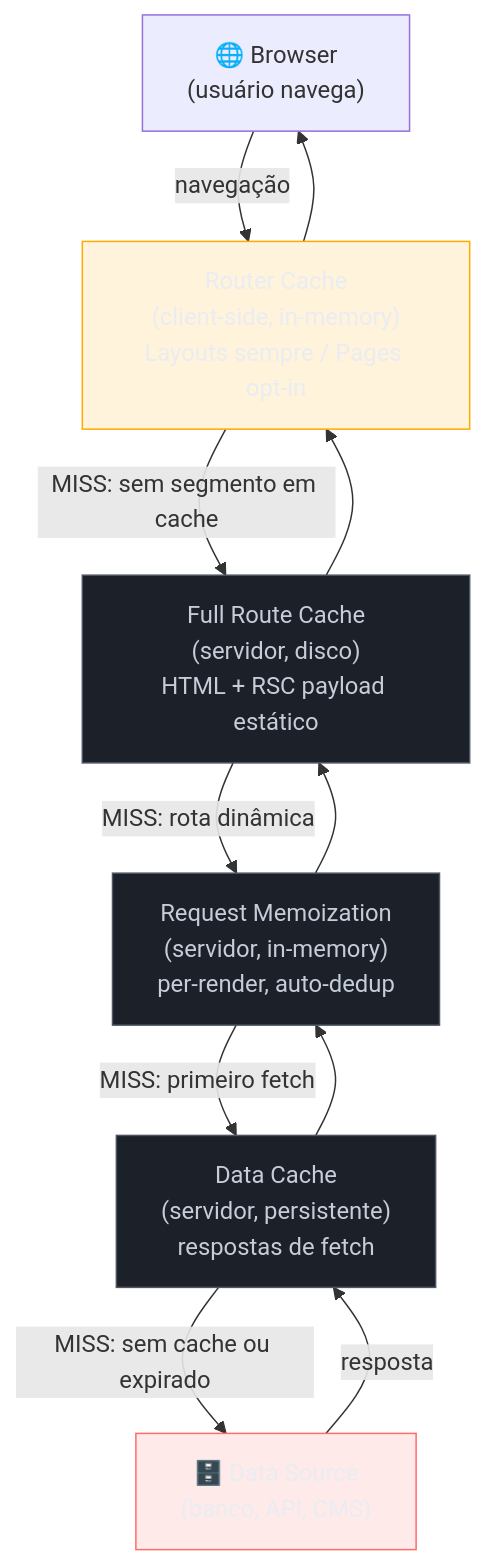
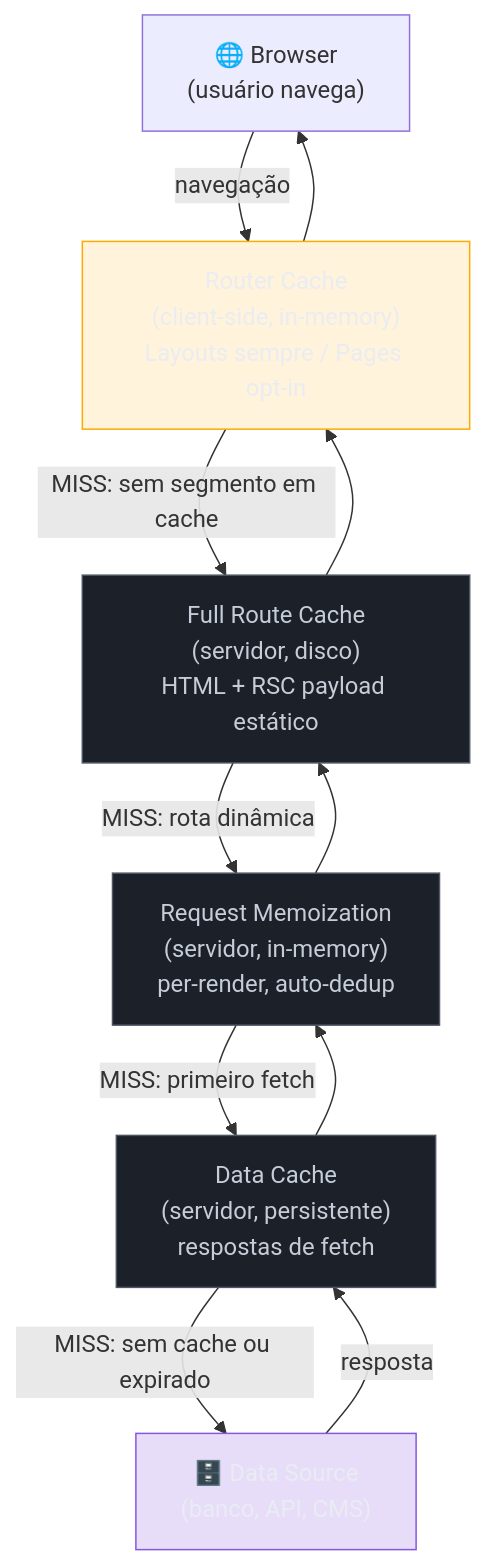
Before and after one commit to josenaldo/codex-technomanticus: the first of 2 diagrams in 03-Dominios/Tecnologia/React/Next.js/07 - O modelo de caching do Next 15.md, drawn with Mermaid. The commit also changed 601 other files, not shown here.

````diff
--- a/03-Dominios/Tecnologia/React/Next.js/07 - O modelo de caching do Next 15.md
+++ b/03-Dominios/Tecnologia/React/Next.js/07 - O modelo de caching do Next 15.md
@@ -37,29 +37,29 @@
 ```mermaid
 graph TD
+    classDef marca fill:#8855DF33,stroke:#8855DF,color:#E9ECF2
     classDef destaque fill:#FFAA0024,stroke:#FFAA00,color:#E9ECF2
     classDef neutro fill:#1B2029,stroke:#4E5666,color:#C6CCD8
-    classDef falha fill:#FF6B6B24,stroke:#FF6B6B,color:#E9ECF2
     Browser["🌐 Browser\n(usuário navega)"]
     RC["Router Cache\n(client-side, in-memory)\nLayouts sempre / Pages opt-in"]
     FRC["Full Route Cache\n(servidor, disco)\nHTML + RSC payload estático"]
     DC["Data Cache\n(servidor, persistente)\nrespostas de fetch"]
     RM["Request Memoization\n(servidor, in-memory)\nper-render, auto-dedup"]
     DB["🗄️ Data Source\n(banco, API, CMS)"]
 
     Browser -->|"navegação"| RC
     RC -->|"MISS: sem segmento em cache"| FRC
     FRC -->|"MISS: rota dinâmica"| RM
     RM -->|"MISS: primeiro fetch"| DC
     DC -->|"MISS: sem cache ou expirado"| DB
     DB -->|"resposta"| DC
     DC --> RM
     RM --> FRC
     FRC --> RC
     RC --> Browser
 
     class RC destaque
     class FRC neutro
     class DC neutro
     class RM neutro
-    class DB falha
+    class DB marca
 ```
````
